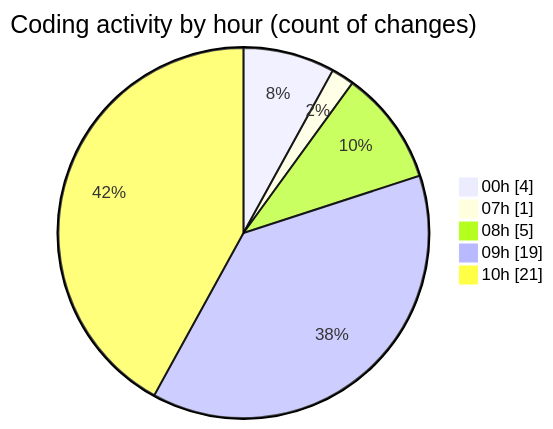
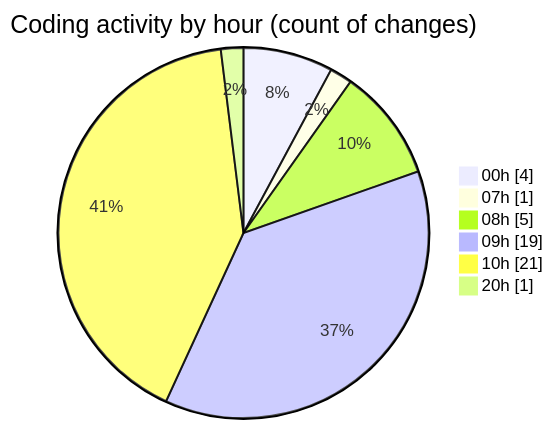
Before and after one commit to Elitesun/code-tracking: the second of 2 diagrams in 2025-05-08/niten/README.md, drawn with Mermaid. The commit also changed other lines of this file and 1 other file, not shown here.

````diff
--- a/2025-05-08/niten/README.md
+++ b/2025-05-08/niten/README.md
@@ -41,9 +43,10 @@
 ```mermaid
 pie showData
 title Coding activity by hour (count of changes)
 "00h" : 4
 "07h" : 1
 "08h" : 5
 "09h" : 19
 "10h" : 21
+"20h" : 1
 ```
````
